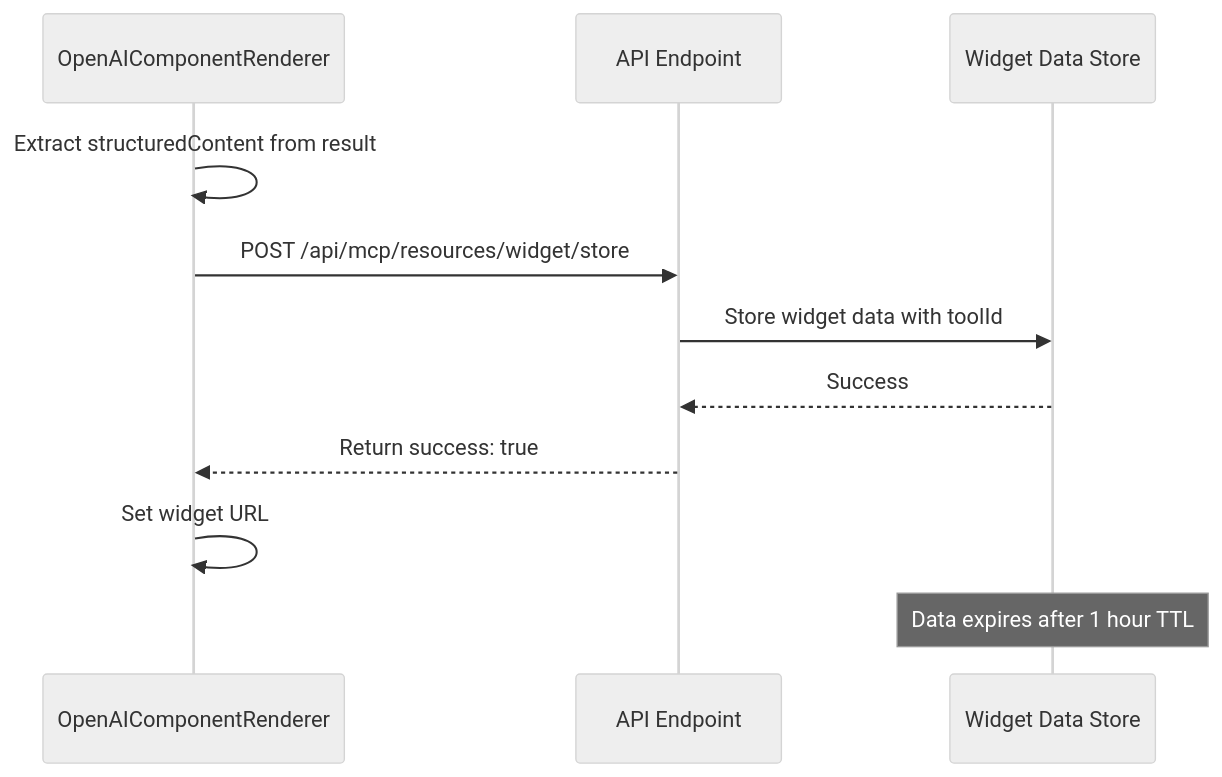
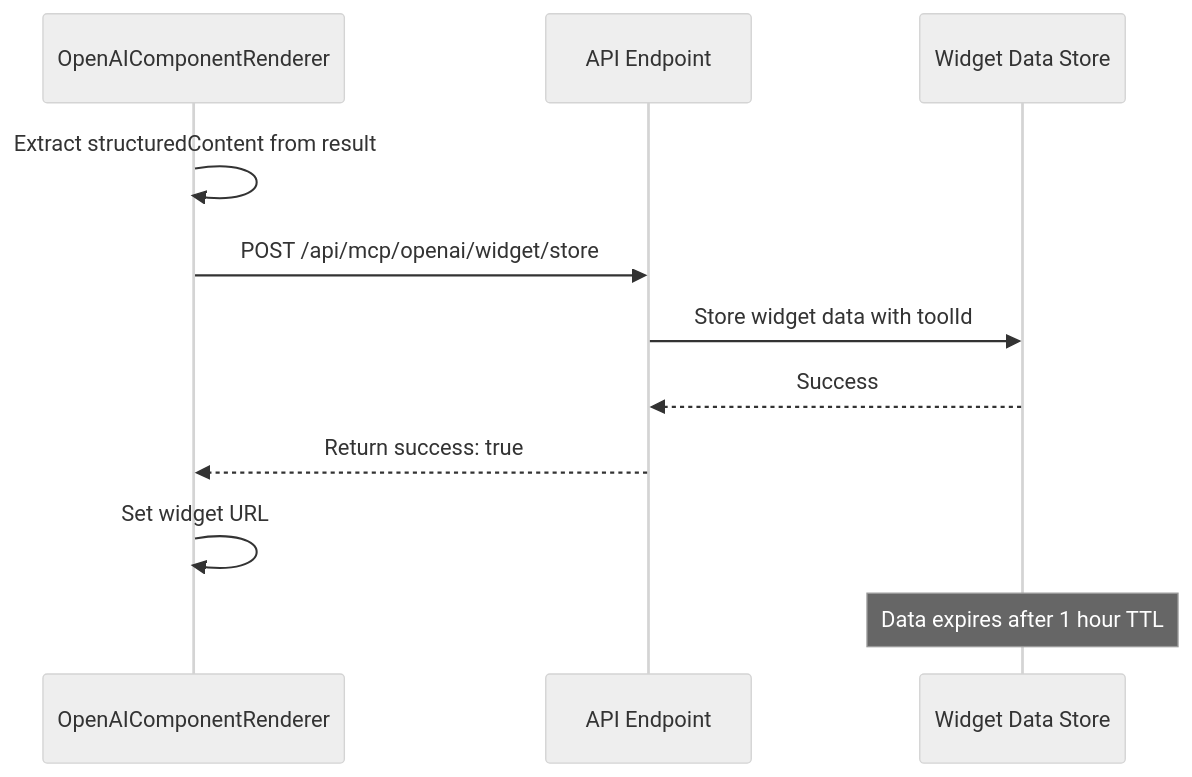
Before and after one commit to MCPJam/inspector: the second of 5 diagrams in docs/contributing/openai-sdk-architecture.mdx, drawn with Mermaid (neutral theme). The commit also changed other lines of this file and 1 other file, not shown here.

Commit message:
Update OpenAI SDK Architecture Documentation (#793)

````diff
--- a/docs/contributing/openai-sdk-architecture.mdx
+++ b/docs/contributing/openai-sdk-architecture.mdx
@@ -133,14 +137,14 @@
 ```mermaid
 sequenceDiagram
     participant Renderer as OpenAIComponentRenderer
     participant API as API Endpoint
     participant Store as Widget Data Store
 
     Renderer->>Renderer: Extract structuredContent from result
-    Renderer->>API: POST /api/mcp/resources/widget/store
+    Renderer->>API: POST /api/mcp/openai/widget/store
     API->>Store: Store widget data with toolId
     Store-->>API: Success
     API-->>Renderer: Return success: true
     Renderer->>Renderer: Set widget URL
     Note over Store: Data expires after 1 hour TTL
 ```
````
